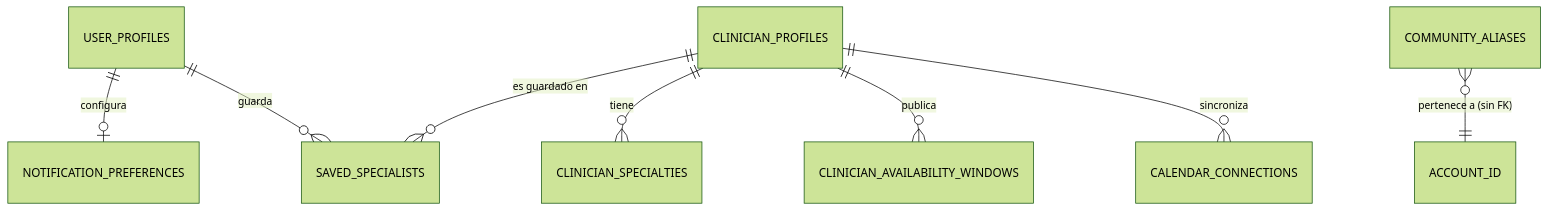
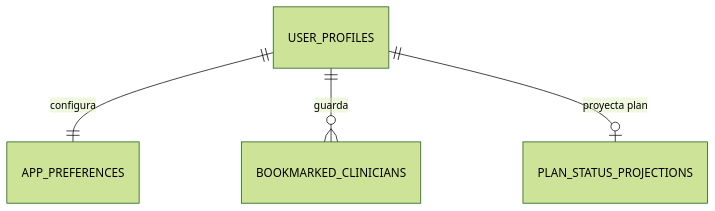
Before and after one commit to MindClusterUPC/safediary-platform: the third of 9 diagrams in docs/database/README.md, drawn with Mermaid (forest theme). The commit also changed other lines of this file and 1 other file, not shown here.

````diff
--- a/docs/database/README.md
+++ b/docs/database/README.md
@@ -102,10 +118,6 @@
 ```mermaid
 erDiagram
-    USER_PROFILES ||--o| NOTIFICATION_PREFERENCES : "configura"
-    USER_PROFILES ||--o{ SAVED_SPECIALISTS : "guarda"
-    CLINICIAN_PROFILES ||--o{ SAVED_SPECIALISTS : "es guardado en"
-    CLINICIAN_PROFILES ||--o{ CLINICIAN_SPECIALTIES : "tiene"
-    CLINICIAN_PROFILES ||--o{ CLINICIAN_AVAILABILITY_WINDOWS : "publica"
-    CLINICIAN_PROFILES ||--o{ CALENDAR_CONNECTIONS : "sincroniza"
-    COMMUNITY_ALIASES }o--|| ACCOUNT_ID : "pertenece a (sin FK)"
+    USER_PROFILES ||--|| APP_PREFERENCES : "configura"
+    USER_PROFILES ||--o{ BOOKMARKED_CLINICIANS : "guarda"
+    USER_PROFILES ||--o| PLAN_STATUS_PROJECTIONS : "proyecta plan"
 ```
````
